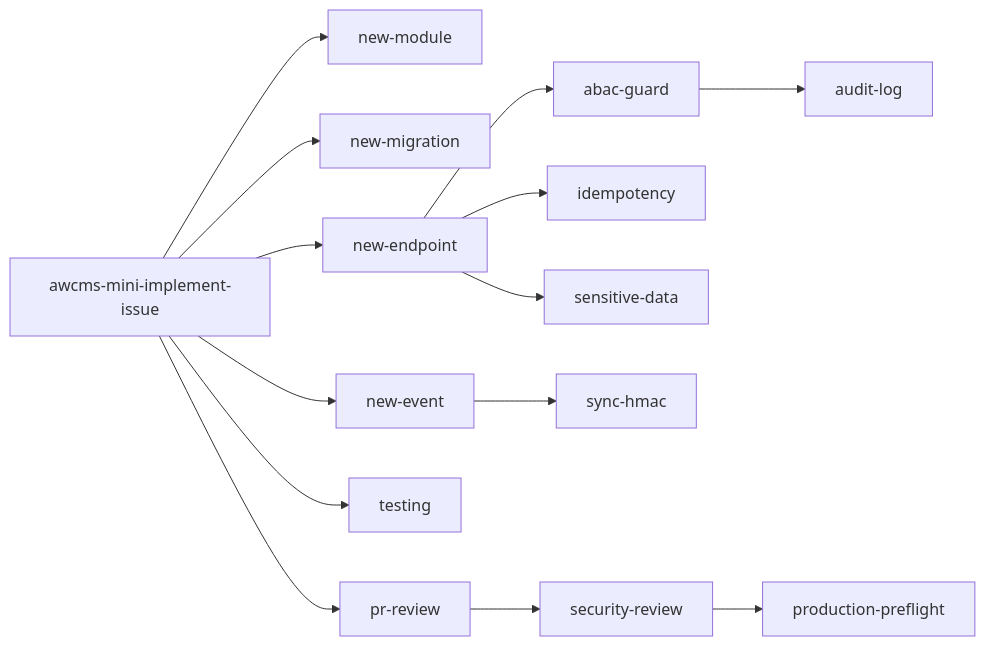
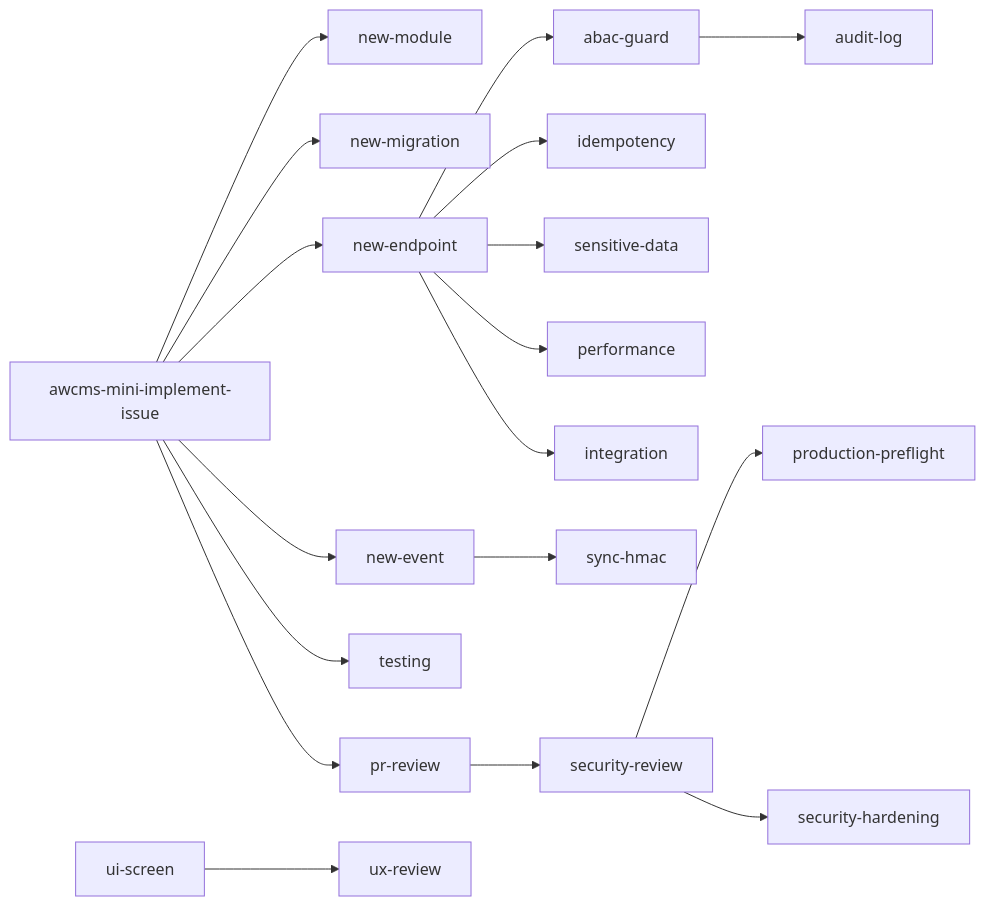
Before and after one commit to ahliweb/awcms-mini: the third of 5 diagrams in AGENTS.md, drawn with Mermaid. The commit also changed other lines of this file and 5 other files, not shown here.

First line of the commit message:
docs(skills): add four improvement skills (UX, performance, integration, security-hardening)

````diff
--- a/AGENTS.md
+++ b/AGENTS.md
@@ -114,14 +123,18 @@
 ```mermaid
 flowchart LR
   II[awcms-mini-implement-issue] --> NM[new-module]
   II --> MIG[new-migration]
   II --> EP[new-endpoint]
   II --> EV[new-event]
   II --> TST[testing]
   EP --> ABAC[abac-guard]
   EP --> IDEM[idempotency]
   ABAC --> AUD[audit-log]
   EP --> SD[sensitive-data]
   EV --> SYNC[sync-hmac]
   II --> PR[pr-review] --> SEC[security-review] --> PF[production-preflight]
+  UI2[ui-screen] --> UXR[ux-review]
+  EP --> PERF[performance]
+  EP --> INT[integration]
+  SEC --> HARD[security-hardening]
 ```
````
